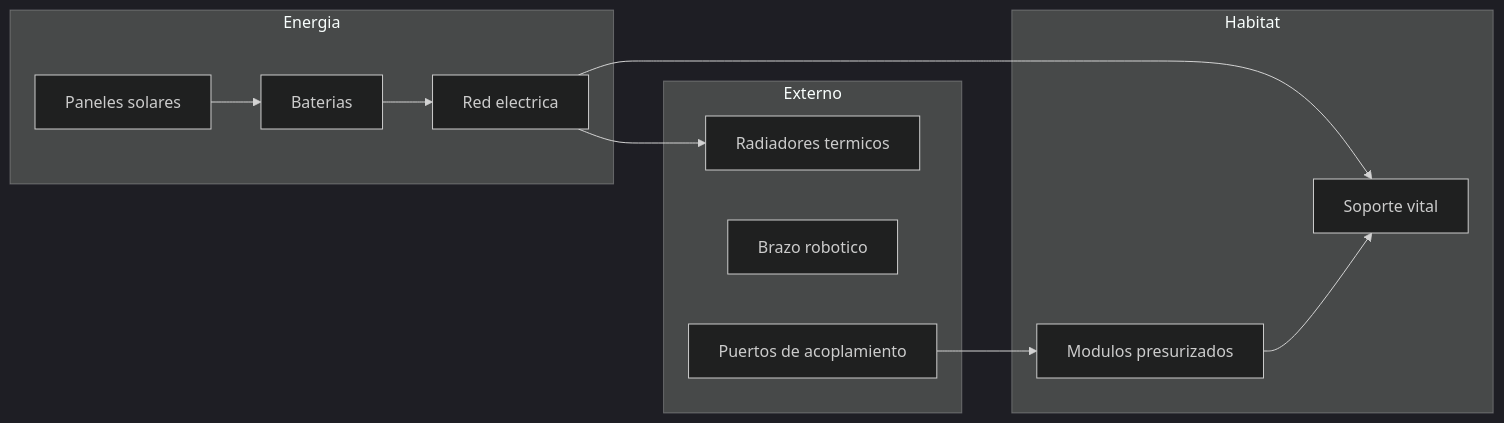
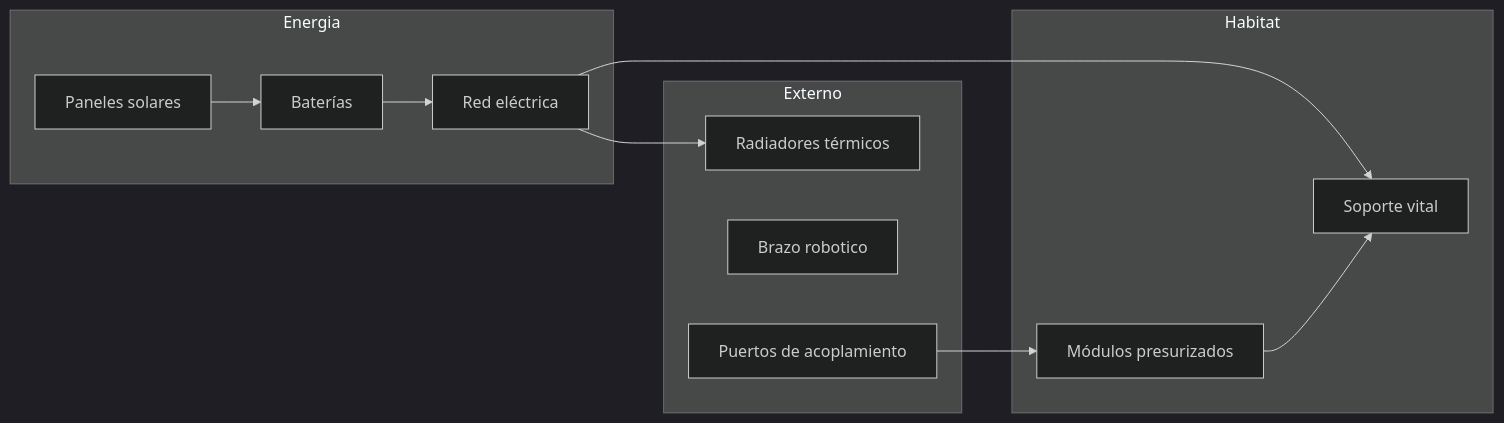
The first of 4 diagrams in vehiculos/estacion-espacial/operacion/sistemas-mecanicos-estacion-espacial.md (vladimiracunadev-create/machine-operator-program), drawn with Mermaid (dark theme) before and after one commit. The commit also changed other lines of this file and 442 other files, not shown here.

````diff
--- a/vehiculos/estacion-espacial/operacion/sistemas-mecanicos-estacion-espacial.md
+++ b/vehiculos/estacion-espacial/operacion/sistemas-mecanicos-estacion-espacial.md
@@ -9,20 +9,20 @@
 ```mermaid
 flowchart LR
     subgraph Energia
-        Paneles[Paneles solares] --> Baterias[Baterias]
-        Baterias --> Red[Red electrica]
+        Paneles[Paneles solares] --> Baterias[Baterías]
+        Baterias --> Red[Red eléctrica]
     end
     subgraph Habitat
-        Modulos[Modulos presurizados]
+        Modulos[Módulos presurizados]
         Vital[Soporte vital]
     end
     subgraph Externo
-        Radiadores[Radiadores termicos]
+        Radiadores[Radiadores térmicos]
         Brazo[Brazo robotico]
         Puertos[Puertos de acoplamiento]
     end
     Red --> Vital
     Red --> Radiadores
     Modulos --> Vital
     Puertos --> Modulos
 ```
````
